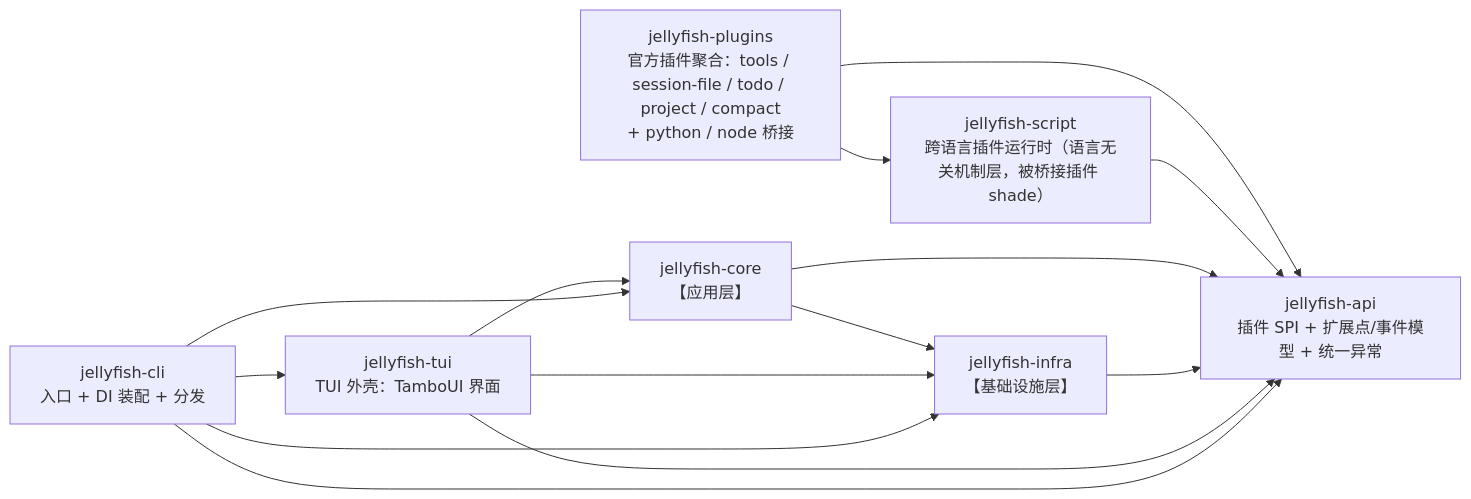
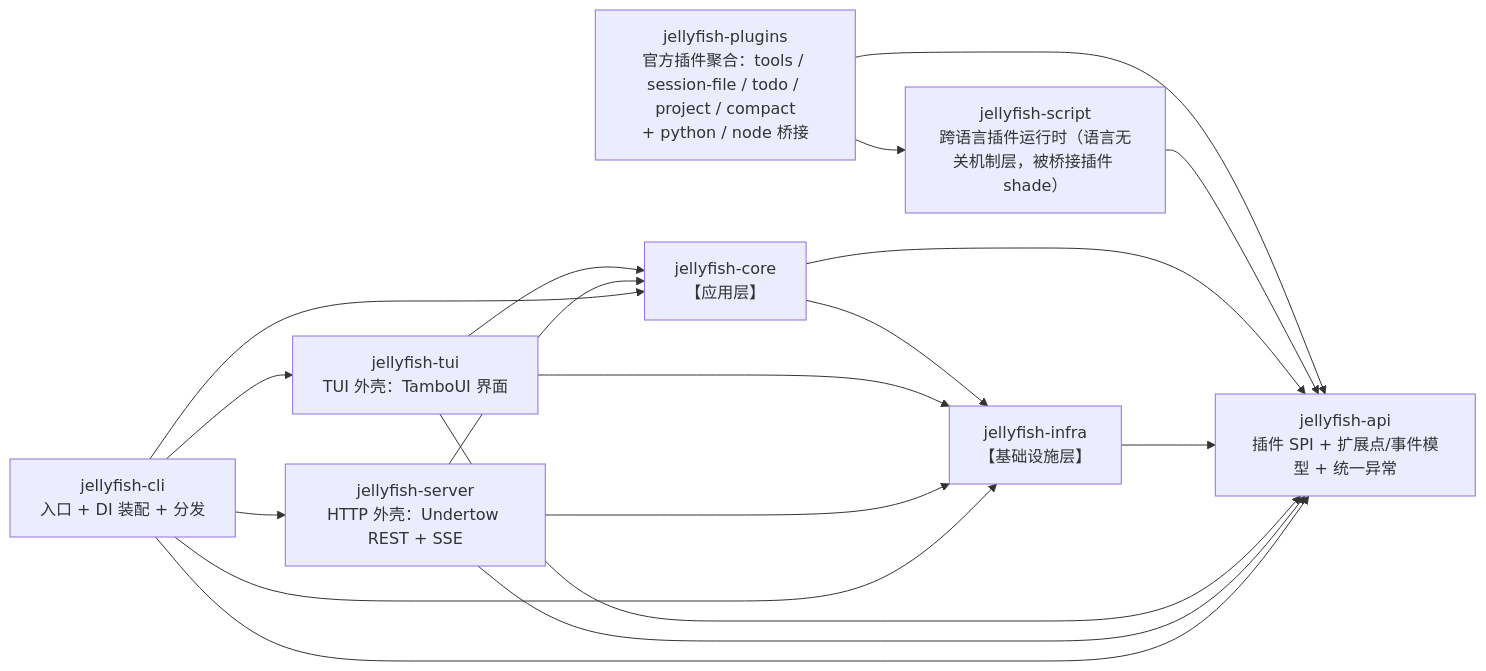
Before and after one commit to zcd0831/Jellyfish: the second of 2 diagrams in AGENTS.md, drawn with Mermaid. The commit also changed other lines of this file and 75 other files, not shown here.

First line of the commit message:
feat(server): 落地 -server 模式（Undertow REST + SSE + 人工审批）

````diff
--- a/AGENTS.md
+++ b/AGENTS.md
@@ -175,24 +176,29 @@
 ```mermaid
 flowchart LR
     API["jellyfish-api<br>插件 SPI + 扩展点/事件模型 + 统一异常"]
     PLUGINS["jellyfish-plugins<br>官方插件聚合：tools / session-file / todo / project / compact<br>+ python / node 桥接"]
     SCRIPT["jellyfish-script<br>跨语言插件运行时（语言无关机制层，被桥接插件 shade）"]
     INFRA["jellyfish-infra<br>【基础设施层】"]
     CORE["jellyfish-core<br>【应用层】"]
     TUI["jellyfish-tui<br>TUI 外壳：TamboUI 界面"]
+    SERVER["jellyfish-server<br>HTTP 外壳：Undertow REST + SSE"]
     CLI["jellyfish-cli<br>入口 + DI 装配 + 分发"]
 
     PLUGINS --> API
     PLUGINS --> SCRIPT
     SCRIPT --> API
     CORE --> API
     CORE --> INFRA
     INFRA --> API
     TUI --> CORE
     TUI --> INFRA
     TUI --> API
+    SERVER --> CORE
+    SERVER --> INFRA
+    SERVER --> API
     CLI --> CORE
     CLI --> INFRA
     CLI --> API
     CLI --> TUI
+    CLI --> SERVER
 ```
````
